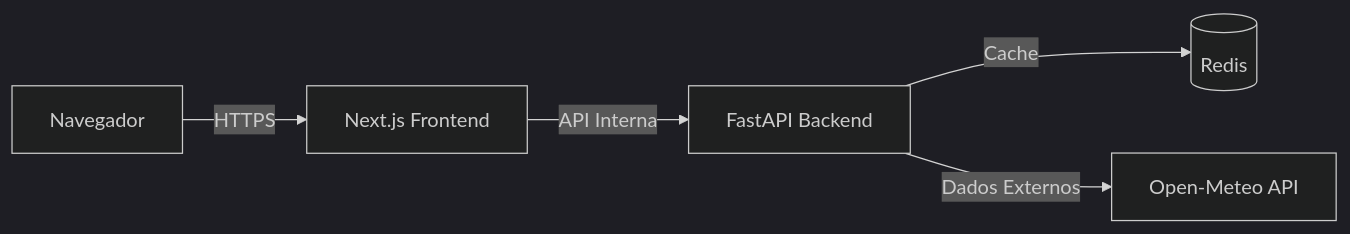
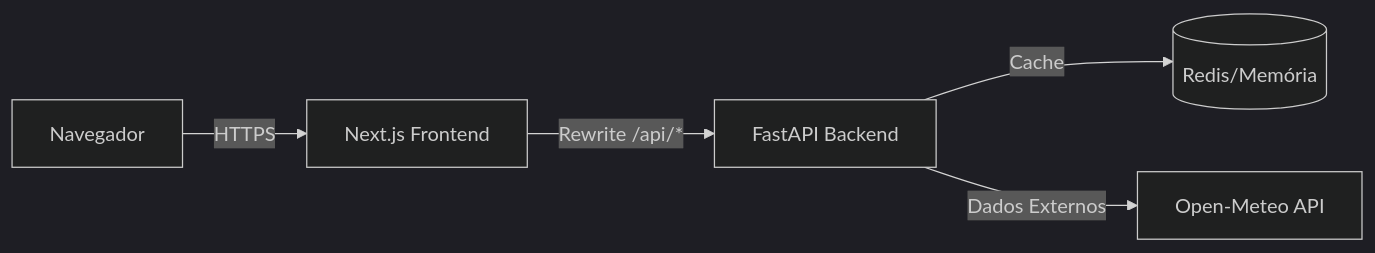
One commit to samdevtx/clima-manejo changed the diagram in README.md. Above: the diagram before and after it, drawn with Mermaid (dark theme). The commit also changed other lines of this file and 7 other files, not shown here.

````diff
--- a/README.md
+++ b/README.md
@@ -58,7 +84,7 @@
 ```mermaid
 graph LR
     User[Navegador] -->|HTTPS| Next[Next.js Frontend]
-    Next -->|API Interna| Fast[FastAPI Backend]
-    Fast -->|Cache| Redis[(Redis)]
+    Next -->|Rewrite /api/*| Fast[FastAPI Backend]
+    Fast -->|Cache| Redis[(Redis/Memória)]
     Fast -->|Dados Externos| OpenMeteo[Open-Meteo API]
 ```
````
